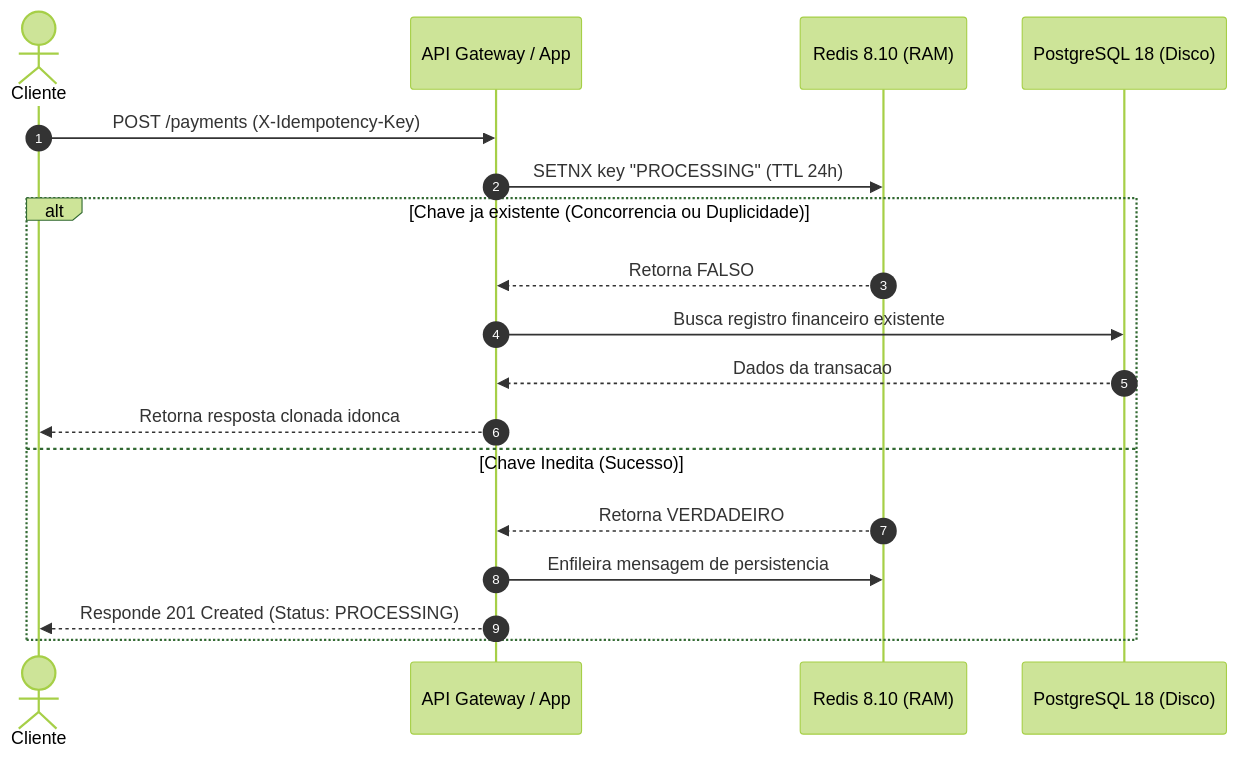
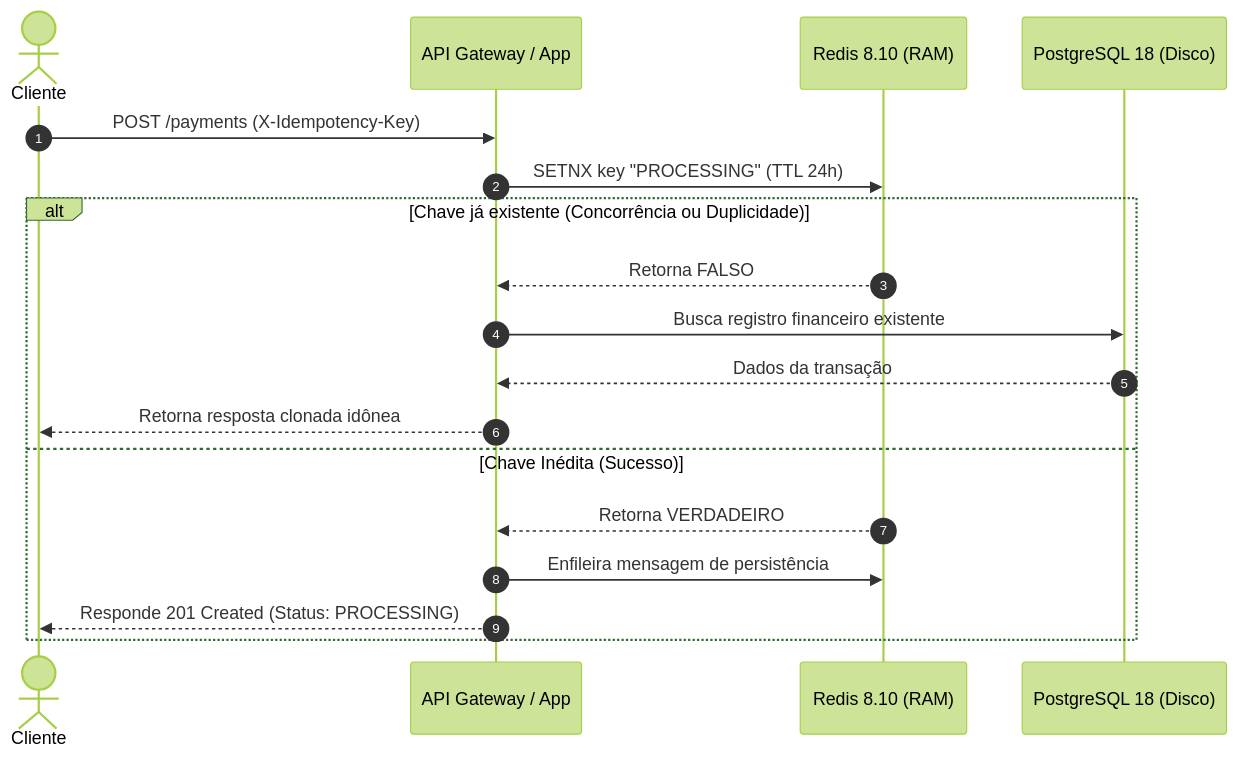
One commit to rubensrabelo/sistema-pagamentos-idempotente changed the diagram in README.md. Above: the diagram before and after it, drawn with Mermaid (forest theme). The commit also changed other lines of this file and 7 other files, not shown here.

````diff
--- a/README.md
+++ b/README.md
@@ -36,22 +47,37 @@
 ```mermaid
 sequenceDiagram
+
     autonumber
+
     Actor Cliente
+
     Participant API as API Gateway / App
+
     Participant Cache as Redis 8.10 (RAM)
+
     Participant DB as PostgreSQL 18 (Disco)
 
     Cliente->>API: POST /payments (X-Idempotency-Key)
+
     API->>Cache: SETNX key "PROCESSING" (TTL 24h)
-    
-    alt Chave ja existente (Concorrencia ou Duplicidade)
+
+    alt Chave já existente (Concorrência ou Duplicidade)
+
         Cache-->>API: Retorna FALSO
+
         API->>DB: Busca registro financeiro existente
-        DB-->>API: Dados da transacao
-        API-->>Cliente: Retorna resposta clonada idonca
-    else Chave Inedita (Sucesso)
+
+        DB-->>API: Dados da transação
+
+        API-->>Cliente: Retorna resposta clonada idônea
+
+    else Chave Inédita (Sucesso)
+
         Cache-->>API: Retorna VERDADEIRO
-        API->>Cache: Enfileira mensagem de persistencia
+
+        API->>Cache: Enfileira mensagem de persistência
+
         API-->>Cliente: Responde 201 Created (Status: PROCESSING)
+
     end
 ```
````
